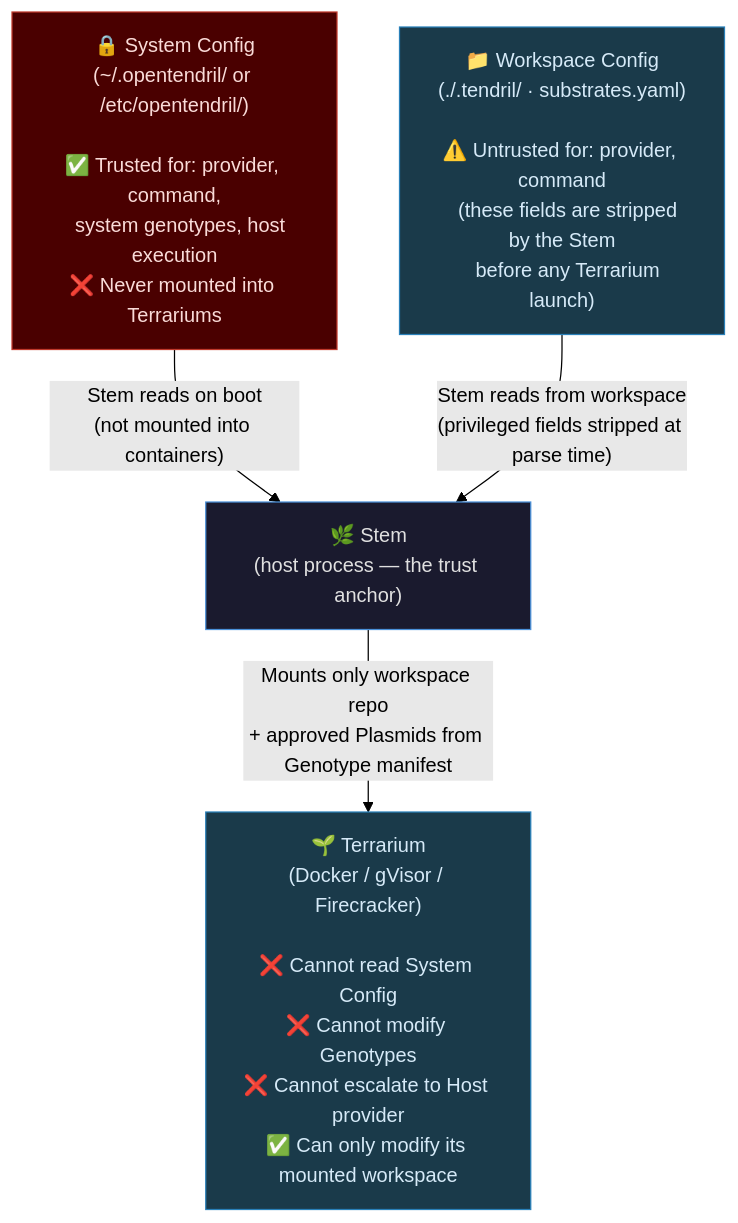
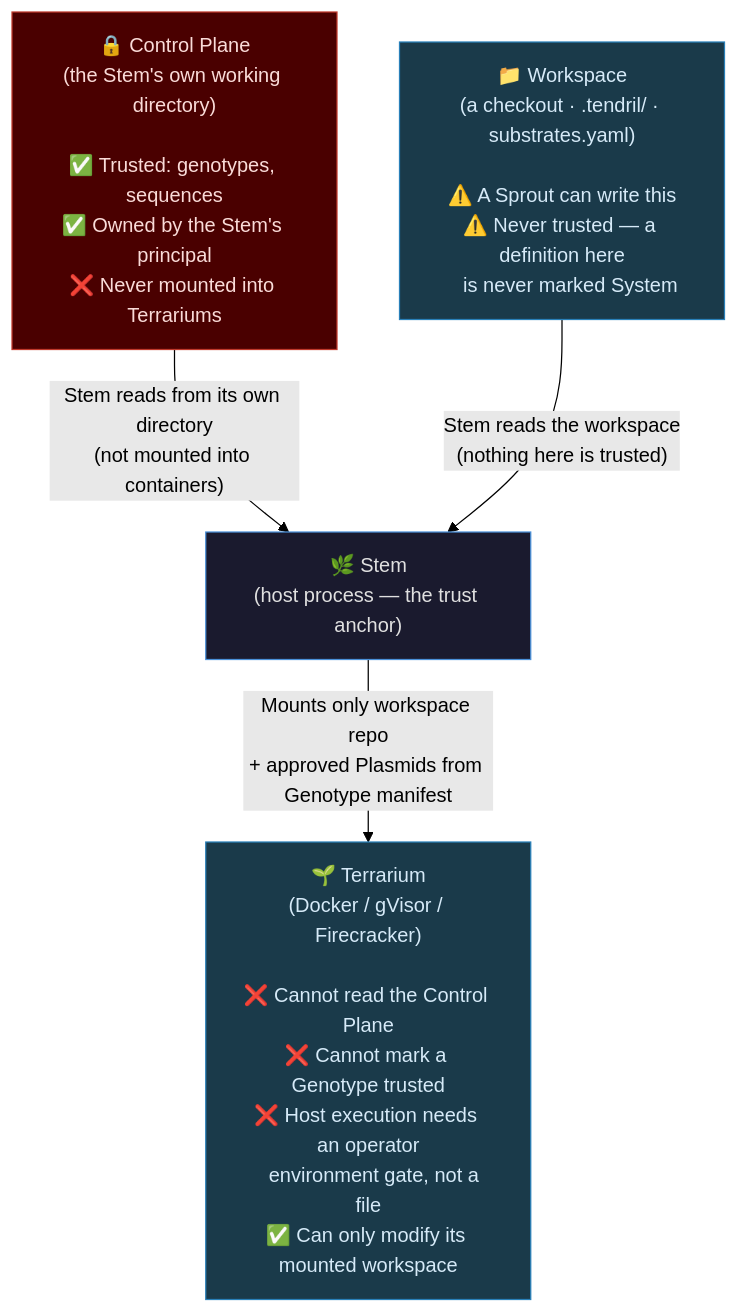
One commit to opentendril/opentendril changed the third of 3 diagrams in docs/ARCHITECTURE-TAXONOMY.md. Above: the diagram before and after it, drawn with Mermaid (forest theme). The commit also changed other lines of this file and 1 other file, not shown here.

Commit message:
docs: the diagrams show the control plane, not a privileged directory (#404)
Two trust-boundary diagrams still named a system configuration directory as the
trusted tier, listing it as trusted for provider, command, system genotypes and
host execution. None of those hold: the first two were never implemented, and
genotype and sequence trust moved to the control plane.

The design document for system sequences carried the same locations. It describes
unshipped work, so it now names the tier rather than a path.

````diff
--- a/docs/ARCHITECTURE-TAXONOMY.md
+++ b/docs/ARCHITECTURE-TAXONOMY.md
@@ -137,18 +137,18 @@
 ```mermaid
 graph TB
     classDef trusted fill:#4a0000,stroke:#c0392b,color:#fadbd8
     classDef untrusted fill:#1a3a4a,stroke:#2980b9,color:#d6eaf8
     classDef stem fill:#1a1a2e,stroke:#4a90d9,color:#e0e0e0
 
-    A["🔒 System Config\n(~/.opentendril/ or /etc/opentendril/)\n\n✅ Trusted for: provider, command,\n   system genotypes, host execution\n❌ Never mounted into Terrariums"]
-    B["📁 Workspace Config\n(./.tendril/ · substrates.yaml)\n\n⚠️ Untrusted for: provider, command\n   (these fields are stripped by the Stem\n   before any Terrarium launch)"]
-    C["🌱 Terrarium\n(Docker / gVisor / Firecracker)\n\n❌ Cannot read System Config\n❌ Cannot modify Genotypes\n❌ Cannot escalate to Host provider\n✅ Can only modify its mounted workspace"]
+    A["🔒 Control Plane\n(the Stem's own working directory)\n\n✅ Trusted: genotypes, sequences\n✅ Owned by the Stem's principal\n❌ Never mounted into Terrariums"]
+    B["📁 Workspace\n(a checkout · .tendril/ · substrates.yaml)\n\n⚠️ A Sprout can write this\n⚠️ Never trusted — a definition here\n   is never marked System"]
+    C["🌱 Terrarium\n(Docker / gVisor / Firecracker)\n\n❌ Cannot read the Control Plane\n❌ Cannot mark a Genotype trusted\n❌ Host execution needs an operator\n   environment gate, not a file\n✅ Can only modify its mounted workspace"]
 
-    A -->|"Stem reads on boot\n(not mounted into containers)"| StemCore["🌿 Stem\n(host process — the trust anchor)"]
-    B -->|"Stem reads from workspace\n(privileged fields stripped at parse time)"| StemCore
+    A -->|"Stem reads from its own directory\n(not mounted into containers)"| StemCore["🌿 Stem\n(host process — the trust anchor)"]
+    B -->|"Stem reads the workspace\n(nothing here is trusted)"| StemCore
     StemCore -->|"Mounts only workspace repo\n+ approved Plasmids from Genotype manifest"| C
 
     class A trusted
     class B,C untrusted
     class StemCore stem
 ```
````
